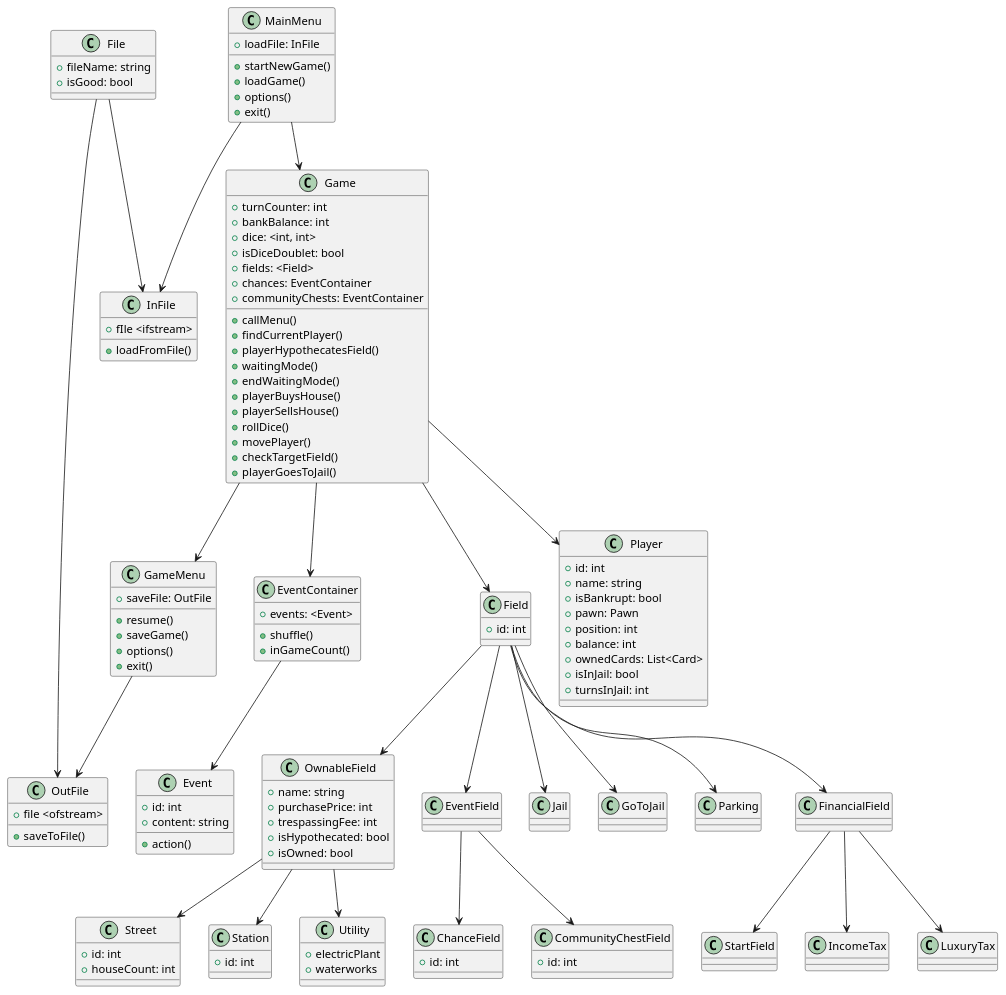
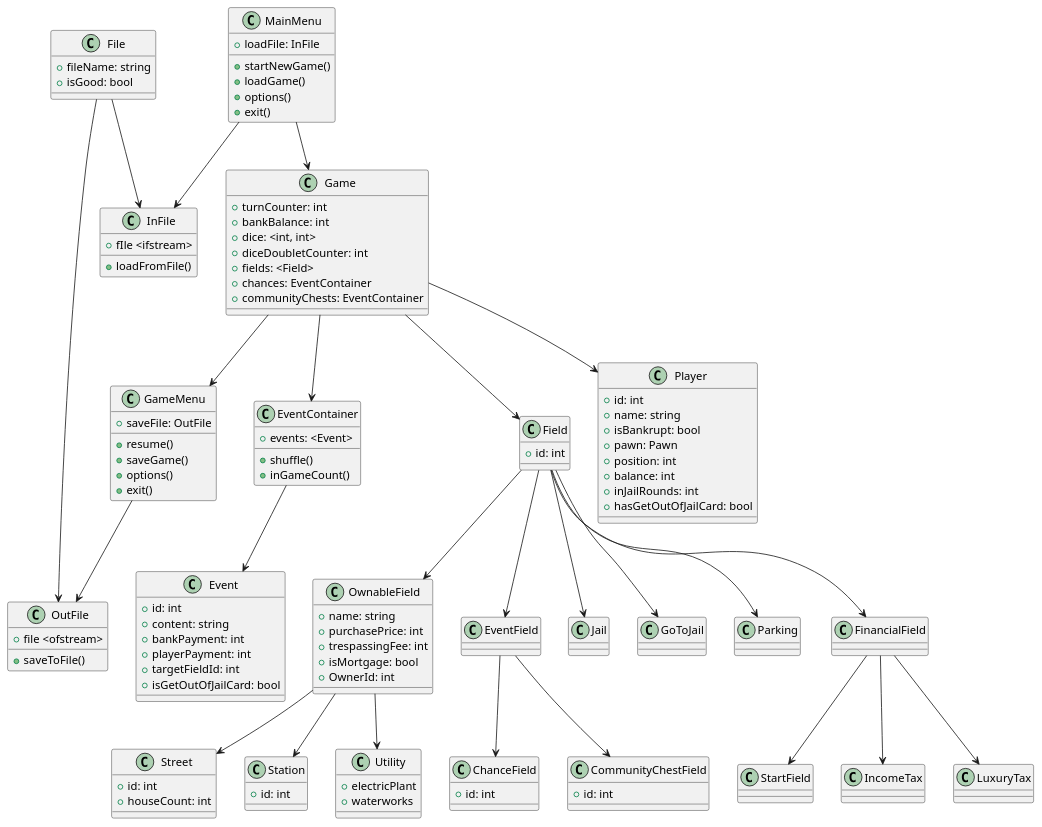
Before and after one commit to J4CeX/PROI_monopoly: the diagram in diagram.puml, drawn with PlantUML.

Commit message:
Implemented diagram.iuml changes

```diff
--- a/diagram.puml
+++ b/diagram.puml
@@ -1,161 +1,163 @@
 @startuml name
 class Game {
     +turnCounter: int
     +bankBalance: int
     +dice: <int, int>
-    +isDiceDoublet: bool
+    +diceDoubletCounter: int
     +fields: <Field>
     +chances: EventContainer
     +communityChests: EventContainer
-    +callMenu()
-    +findCurrentPlayer()
-    +playerHypothecatesField()
-    +waitingMode()
-    +endWaitingMode()
-    +playerBuysHouse()
-    +playerSellsHouse()
-    +rollDice()
-    +movePlayer()
-    +checkTargetField()
-    +playerGoesToJail()
+    ' +callMenu()
+    ' +findCurrentPlayer()
+    ' +playerHypothecatesField()
+    ' +waitingMode()
+    ' +endWaitingMode()
+    ' +playerBuysHouse()
+    ' +playerSellsHouse()
+    ' +rollDice()
+    ' +movePlayer()
+    ' +checkTargetField()
+    ' +playerGoesToJail()
 }
 
 class File {
     +fileName: string
     +isGood: bool
 }
 
 class OutFile {
     +file <ofstream>
     +saveToFile()
 }
 
 class InFile {
     +fIle <ifstream>
     +loadFromFile()
 }
 
 class MainMenu {
     +loadFile: InFile
     +startNewGame()
     +loadGame()
     +options()
     +exit()
 }
 
 class GameMenu {
     +saveFile: OutFile
     +resume()
     +saveGame()
     +options()
     +exit()
 }
 
 class EventContainer {
     +events: <Event>
     +shuffle()
     +inGameCount()
 }
 
 class Event {
     +id: int
     +content: string
-    +action()
+    +bankPayment: int
+    +playerPayment: int
+    +targetFieldId: int
+    +isGetOutOfJailCard: bool
 }
 
 class Field {
     +id: int
 }
 
 class OwnableField {
     +name: string
     +purchasePrice: int
     +trespassingFee: int
-    +isHypothecated: bool
-    +isOwned: bool
+    +isMortgage: bool
+    +OwnerId: int
 }
 
 class Street {
     +id: int
     +houseCount: int
 }
 
 class Station {
     +id: int
 }
 
 class Utility {
     +electricPlant
     +waterworks
 }
 
 class EventField {
 }
 
 class ChanceField {
     +id: int
 }
 
 class CommunityChestField {
     +id: int
 }
 
 class Jail {}
 
 class GoToJail {}
 
 class Parking {}
 
 class FinancialField {}
 
 class StartField {}
 
 class IncomeTax {}
 
 class LuxuryTax {}
 
 class Player {
     +id: int
     +name: string
     +isBankrupt: bool
     +pawn: Pawn
     +position: int
     +balance: int
-    +ownedCards: List<Card>
-    +isInJail: bool
-    +turnsInJail: int
+    +inJailRounds: int
+    +hasGetOutOfJailCard: bool
 }
 
 MainMenu --> Game
 MainMenu --> InFile
 
 Game --> EventContainer
 Game --> Field
 Game --> Player
 Game --> GameMenu
 
 File --> InFile
 File --> OutFile
 
 GameMenu --> OutFile
 
 EventContainer --> Event
 
 Field --> OwnableField
 Field --> EventField
 Field --> Jail
 Field --> GoToJail
 Field --> Parking
 Field --> FinancialField
 
 OwnableField --> Street
 OwnableField --> Station
 OwnableField --> Utility
 
 EventField --> ChanceField
 EventField --> CommunityChestField
 
 FinancialField --> StartField
 FinancialField --> IncomeTax
 FinancialField --> LuxuryTax
 @enduml
```
